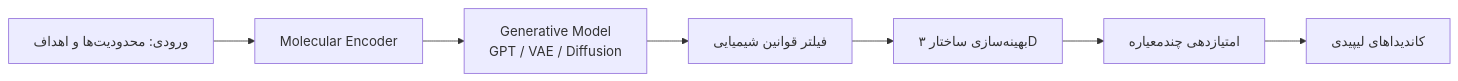
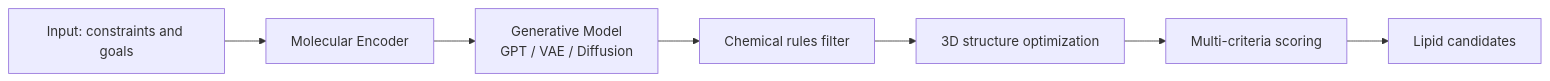
The third of 10 diagrams in docs/ARCHITECTURE.md (parsasohrab1/barekat-gen-therapy), drawn with Mermaid before and after one commit. The commit also changed other lines of this file and 21 other files, not shown here.

````diff
--- a/docs/ARCHITECTURE.md
+++ b/docs/ARCHITECTURE.md
@@ -188,9 +188,9 @@
 ```mermaid
 flowchart LR
-    Input[ورودی: محدودیت‌ها و اهداف] --> Encoder[Molecular Encoder]
+    Input[Input: constraints and goals] --> Encoder[Molecular Encoder]
     Encoder --> Generator[Generative Model<br/>GPT / VAE / Diffusion]
-    Generator --> Filter[فیلتر قوانین شیمیایی]
-    Filter --> Dock3D[بهینه‌سازی ساختار ۳D]
-    Dock3D --> Score[امتیازدهی چندمعیاره]
-    Score --> Output[کاندیداهای لیپیدی]
+    Generator --> Filter[Chemical rules filter]
+    Filter --> Dock3D[3D structure optimization]
+    Dock3D --> Score[Multi-criteria scoring]
+    Score --> Output[Lipid candidates]
 ```
````
